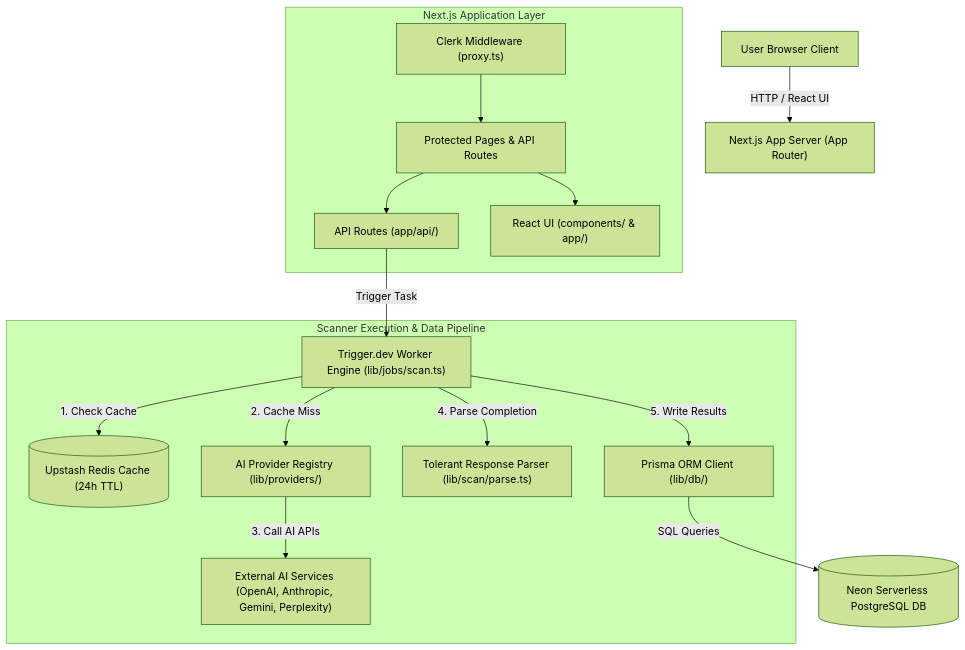
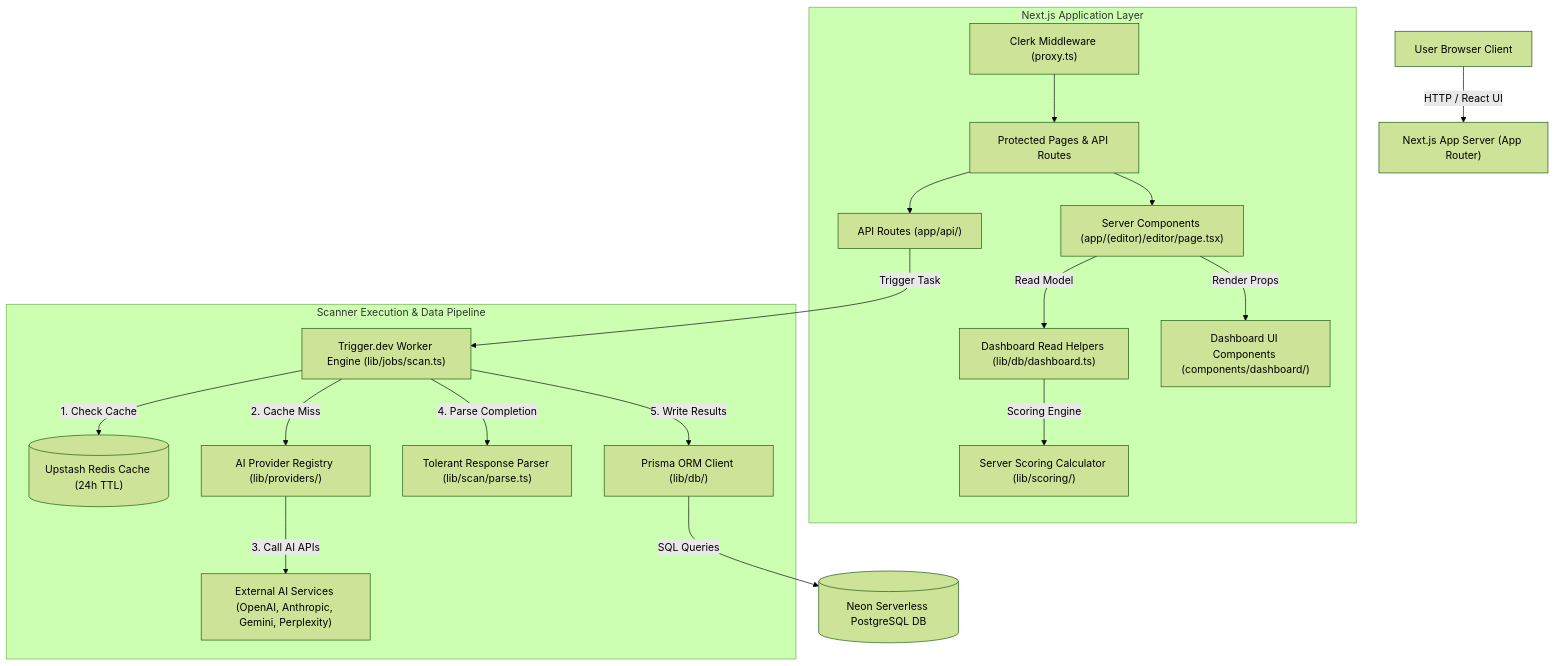
The first of 5 diagrams in context/context/architecture_overview.md (ryonm411-jpg/answer-os), drawn with Mermaid (forest theme) before and after one commit. The commit also changed other lines of this file and 68 other files, not shown here.

````diff
--- a/context/context/architecture_overview.md
+++ b/context/context/architecture_overview.md
@@ -26,22 +28,25 @@
 ```mermaid
 graph TD
     User["User Browser Client"] -->|HTTP / React UI| NextApp["Next.js App Server (App Router)"]
     
     subgraph NextAppServer ["Next.js Application Layer"]
         Middleware["Clerk Middleware (proxy.ts)"] --> AuthGuard["Protected Pages & API Routes"]
         AuthGuard --> APIRoutes["API Routes (app/api/)"]
-        AuthGuard --> UIComponent["React UI (components/ & app/)"]
+        AuthGuard --> ServerComponents["Server Components (app/(editor)/editor/page.tsx)"]
+        ServerComponents -->|Read Model| DBData["Dashboard Read Helpers (lib/db/dashboard.ts)"]
+        DBData -->|Scoring Engine| ScoringEngine["Server Scoring Calculator (lib/scoring/)"]
+        ServerComponents -->|Render Props| ClientUI["Dashboard UI Components (components/dashboard/)"]
     end
     
     APIRoutes -->|Trigger Task| TriggerDev["Trigger.dev Worker Engine (lib/jobs/scan.ts)"]
     
     subgraph ExecutionPipeline ["Scanner Execution & Data Pipeline"]
         TriggerDev -->|1. Check Cache| UpstashRedis[("Upstash Redis Cache (24h TTL)")]
         TriggerDev -->|2. Cache Miss| AIRegistry["AI Provider Registry (lib/providers/)"]
         AIRegistry -->|3. Call AI APIs| AIProviders["External AI Services (OpenAI, Anthropic, Gemini, Perplexity)"]
         TriggerDev -->|4. Parse Completion| ResponseParser["Tolerant Response Parser (lib/scan/parse.ts)"]
         TriggerDev -->|5. Write Results| PrismaORM["Prisma ORM Client (lib/db/)"]
     end
     
     PrismaORM -->|SQL Queries| NeonPostgres[("Neon Serverless PostgreSQL DB")]
 ```
````
